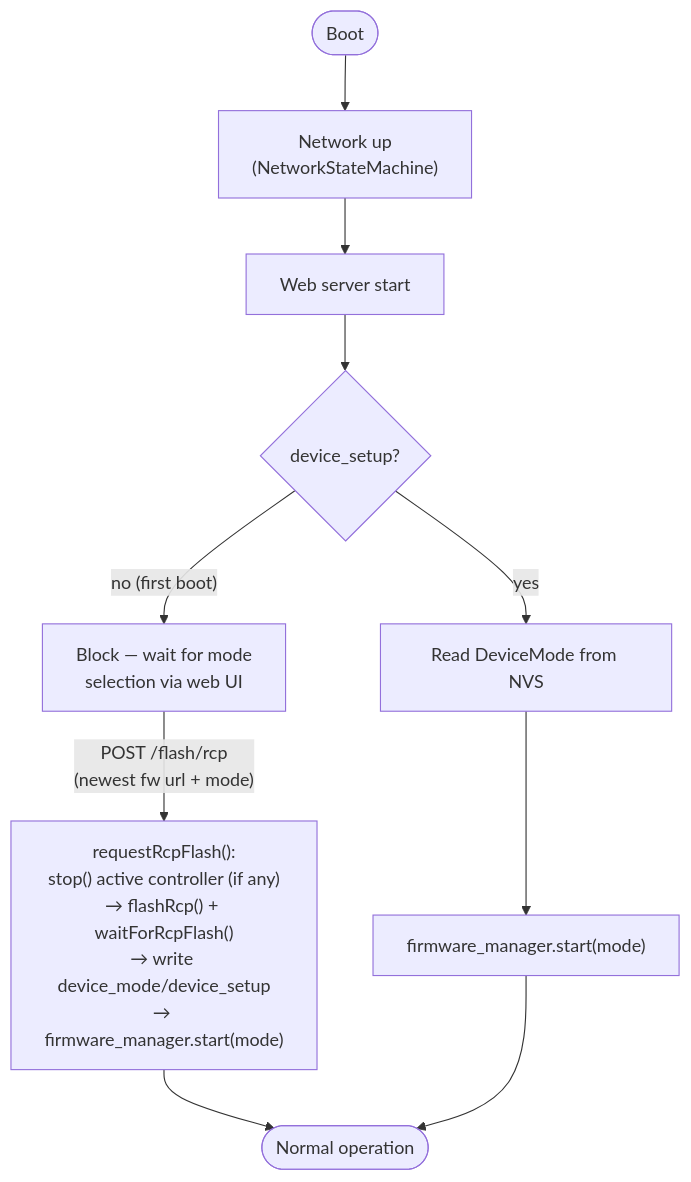
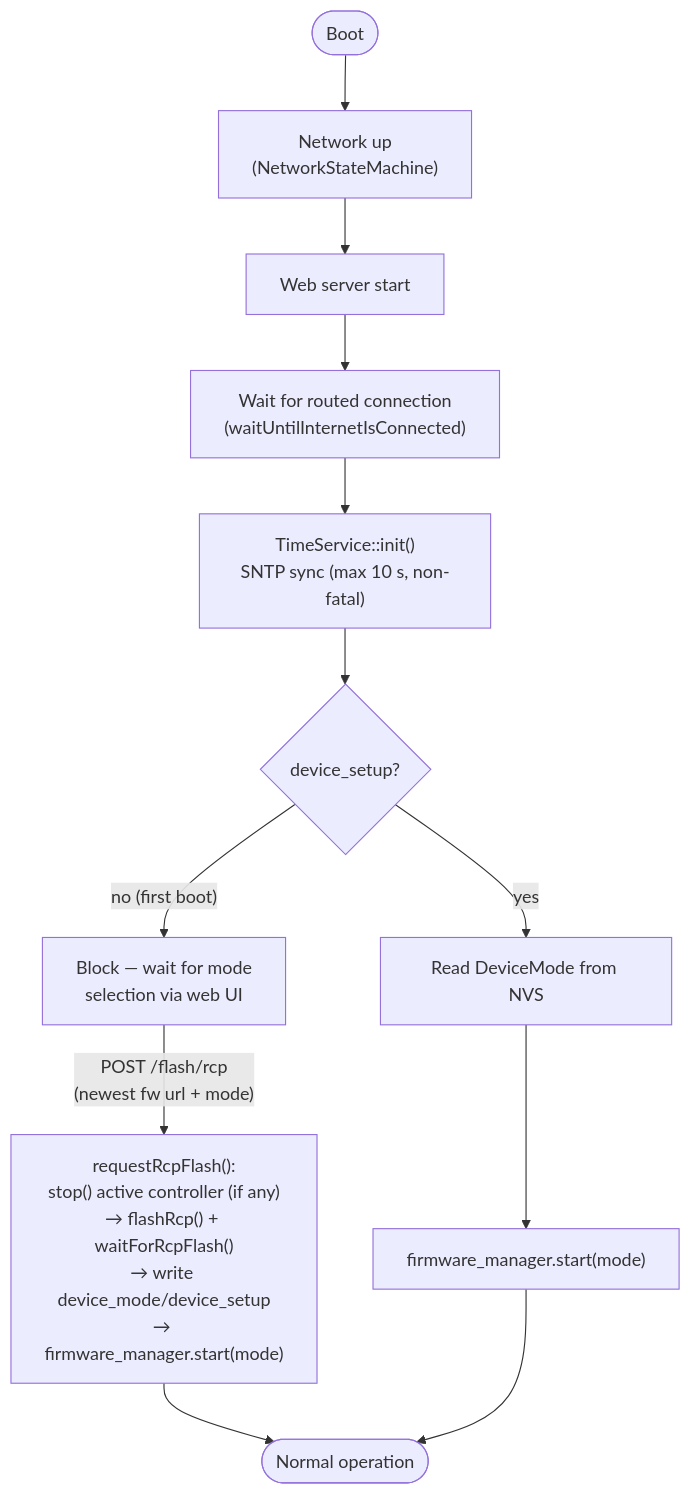
Before and after one commit to codm/czc-unified: the third of 3 diagrams in README.md, drawn with Mermaid. The commit also changed other lines of this file and 5 other files, not shown here.

````diff
--- a/README.md
+++ b/README.md
@@ -623,16 +740,18 @@
 ```mermaid
 flowchart TD
     boot(["Boot"])
     net["Network up\n(NetworkStateMachine)"]
     web["Web server start"]
+    conn["Wait for routed connection\n(waitUntilInternetIsConnected)"]
+    time["TimeService::init()\nSNTP sync (max 10 s, non-fatal)"]
     q2{"device_setup?"}
     wait["Block — wait for mode\nselection via web UI"]
     flash["requestRcpFlash():\nstop() active controller (if any)\n→ flashRcp() + waitForRcpFlash()\n→ write device_mode/device_setup\n→ firmware_manager.start(mode)"]
     q3["Read DeviceMode from NVS"]
     start["firmware_manager.start(mode)"]
     run(["Normal operation"])
 
-    boot --> net --> web --> q2
+    boot --> net --> web --> conn --> time --> q2
     q2 -->|"no (first boot)"| wait -->|"POST /flash/rcp\n(newest fw url + mode)"| flash --> run
     q2 -->|yes| q3 --> start --> run
 ```
````
